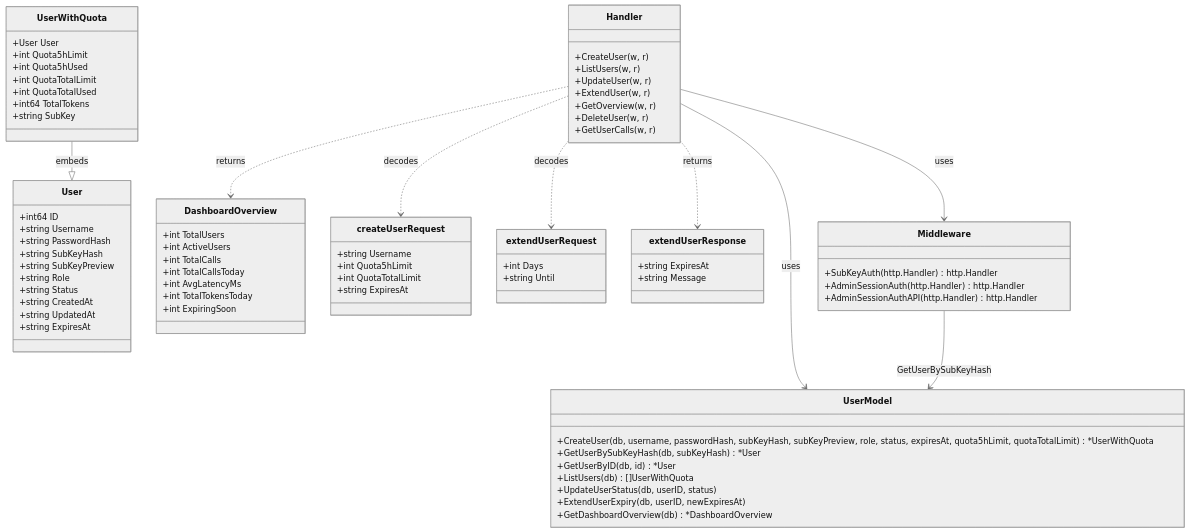
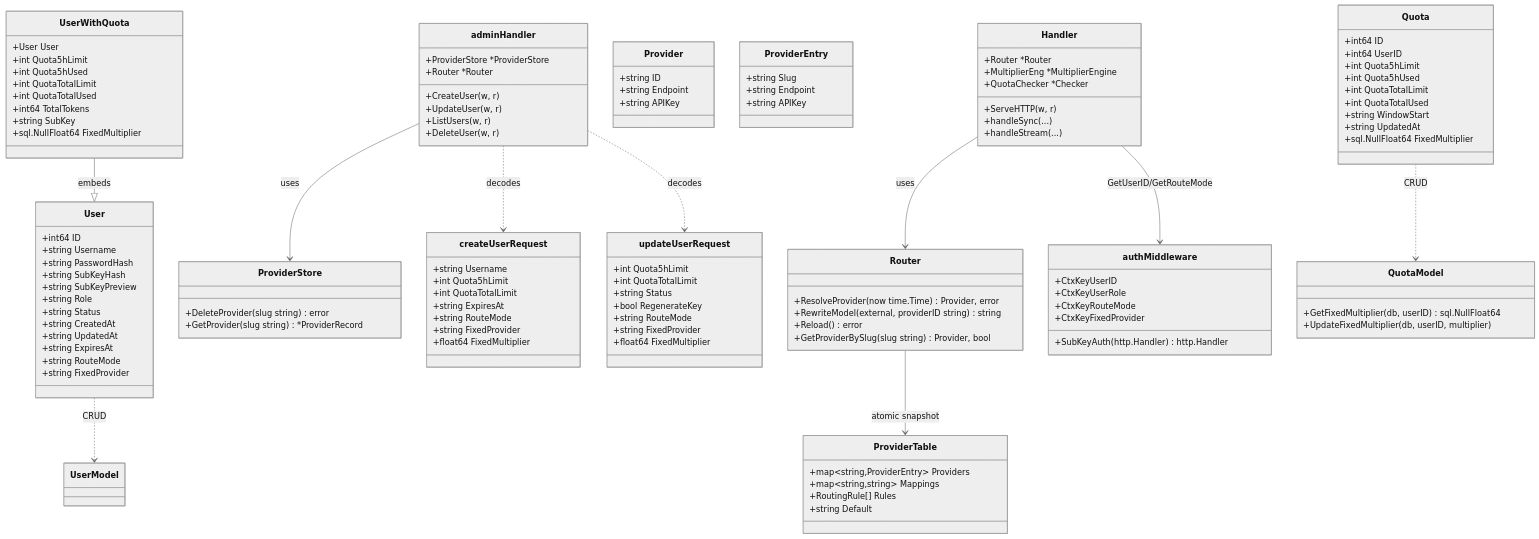
Before and after one commit to 16499259-oss/shimiaocheng-llm: the first of 5 diagrams in docs/system_design.md, drawn with Mermaid (neutral theme). The commit also changed other lines of this file and 17 other files, not shown here.

First line of the commit message:
feat: user route mode decoupling with fixed multiplier

````diff
--- a/docs/system_design.md
+++ b/docs/system_design.md
@@ -78,6 +82,8 @@
         +string CreatedAt
         +string UpdatedAt
         +string ExpiresAt
+        +string RouteMode
+        +string FixedProvider
     }
 
     class UserWithQuota {
@@ -88,16 +94,19 @@
         +int QuotaTotalUsed
         +int64 TotalTokens
         +string SubKey
+        +sql.NullFloat64 FixedMultiplier
     }
 
-    class DashboardOverview {
-        +int TotalUsers
-        +int ActiveUsers
-        +int TotalCalls
-        +int TotalCallsToday
-        +int AvgLatencyMs
-        +int TotalTokensToday
-        +int ExpiringSoon
+    class Quota {
+        +int64 ID
+        +int64 UserID
+        +int Quota5hLimit
+        +int Quota5hUsed
+        +int QuotaTotalLimit
+        +int QuotaTotalUsed
+        +string WindowStart
+        +string UpdatedAt
+        +sql.NullFloat64 FixedMultiplier
     }
 
     class createUserRequest {
@@ -105,50 +114,90 @@
         +int Quota5hLimit
         +int QuotaTotalLimit
         +string ExpiresAt
+        +string RouteMode
+        +string FixedProvider
+        +float64 FixedMultiplier
     }
 
-    class extendUserRequest {
-        +int Days
-        +string Until
+    class updateUserRequest {
+        +int Quota5hLimit
+        +int QuotaTotalLimit
+        +string Status
+        +bool RegenerateKey
+        +string RouteMode
+        +string FixedProvider
+        +float64 FixedMultiplier
     }
 
-    class extendUserResponse {
-        +string ExpiresAt
-        +string Message
+    class Router {
+        +ResolveProvider(now time.Time) Provider, error
+        +RewriteModel(external, providerID string) string
+        +Reload() error
+        +GetProviderBySlug(slug string) Provider, bool
     }
 
-    class Middleware {
+    class Provider {
+        +string ID
+        +string Endpoint
+        +string APIKey
+    }
+
+    class ProviderTable {
+        +map~string,ProviderEntry~ Providers
+        +map~string,map~string,string~ Mappings
+        +RoutingRule[] Rules
+        +string Default
+    }
+
+    class ProviderEntry {
+        +string Slug
+        +string Endpoint
+        +string APIKey
+    }
+
+    class authMiddleware {
         +SubKeyAuth(http.Handler) http.Handler
-        +AdminSessionAuth(http.Handler) http.Handler
-        +AdminSessionAuthAPI(http.Handler) http.Handler
+        +CtxKeyUserID
+        +CtxKeyUserRole
+        +CtxKeyRouteMode
+        +CtxKeyFixedProvider
     }
 
     class Handler {
-        +CreateUser(w, r)
-        +ListUsers(w, r)
-        +UpdateUser(w, r)
-        +ExtendUser(w, r)
-        +GetOverview(w, r)
-        +DeleteUser(w, r)
-        +GetUserCalls(w, r)
+        +ServeHTTP(w, r)
+        +handleSync(...)
+        +handleStream(...)
+        +Router *Router
+        +MultiplierEng *MultiplierEngine
+        +QuotaChecker *Checker
     }
 
-    class UserModel {
-        +CreateUser(db, username, passwordHash, subKeyHash, subKeyPreview, role, status, expiresAt, quota5hLimit, quotaTotalLimit) *UserWithQuota
-        +GetUserBySubKeyHash(db, subKeyHash) *User
-        +GetUserByID(db, id) *User
-        +ListUsers(db) []UserWithQuota
-        +UpdateUserStatus(db, userID, status)
-        +ExtendUserExpiry(db, userID, newExpiresAt)
-        +GetDashboardOverview(db) *DashboardOverview
+    class adminHandler {
+        +CreateUser(w, r)
+        +UpdateUser(w, r)
+        +ListUsers(w, r)
+        +DeleteUser(w, r)
+        +ProviderStore *ProviderStore
+        +Router *Router
     }
 
-    Handler --> UserModel : uses
-    Handler --> Middleware : uses
-    Middleware --> UserModel : GetUserBySubKeyHash
+    class ProviderStore {
+        +DeleteProvider(slug string) error
+        +GetProvider(slug string) *ProviderRecord
+    }
+
+    class QuotaModel {
+        +GetFixedMultiplier(db, userID) sql.NullFloat64
+        +UpdateFixedMultiplier(db, userID, multiplier)
+    }
+
     UserWithQuota --|> User : embeds
-    Handler ..> createUserRequest : decodes
-    Handler ..> extendUserRequest : decodes
-    Handler ..> extendUserResponse : returns
-    Handler ..> DashboardOverview : returns
+    Handler --> Router : uses
+    Handler --> authMiddleware : GetUserID/GetRouteMode
+    Router --> ProviderTable : atomic snapshot
+    adminHandler --> ProviderStore : uses
+    adminHandler ..> createUserRequest : decodes
+    adminHandler ..> updateUserRequest : decodes
+    Quota ..> QuotaModel : CRUD
+    User ..> UserModel : CRUD
 ```
````
